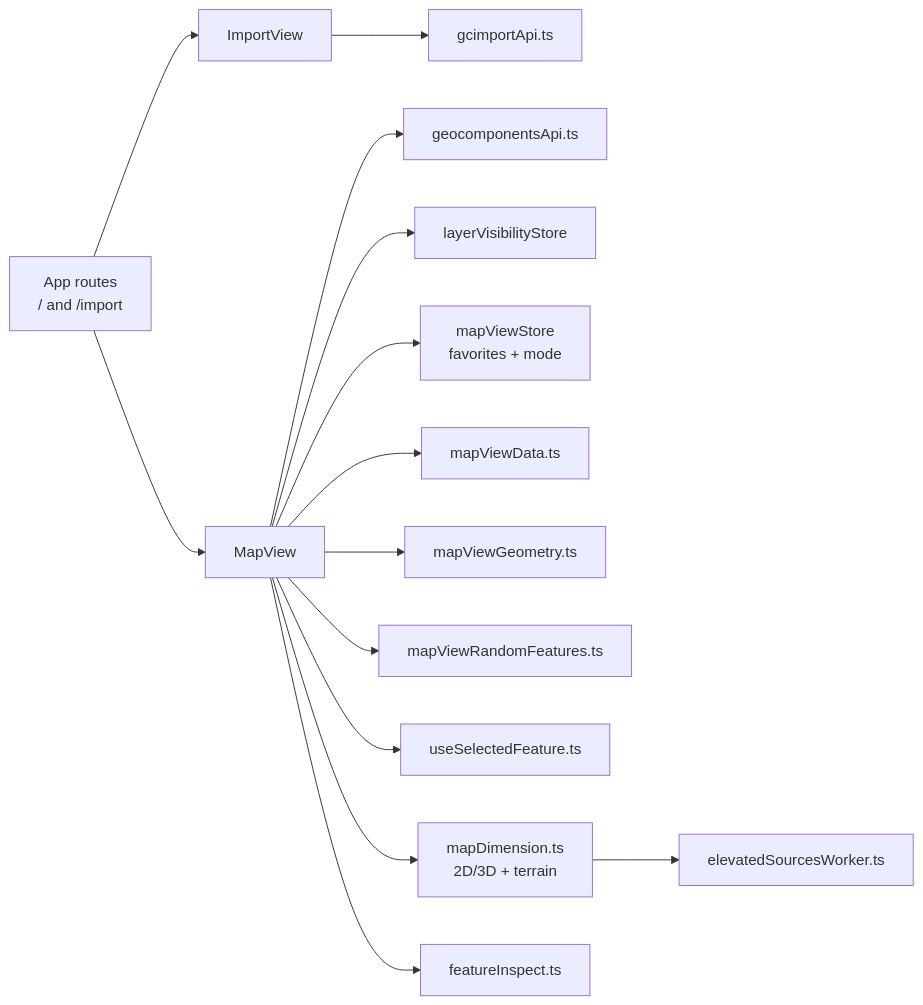
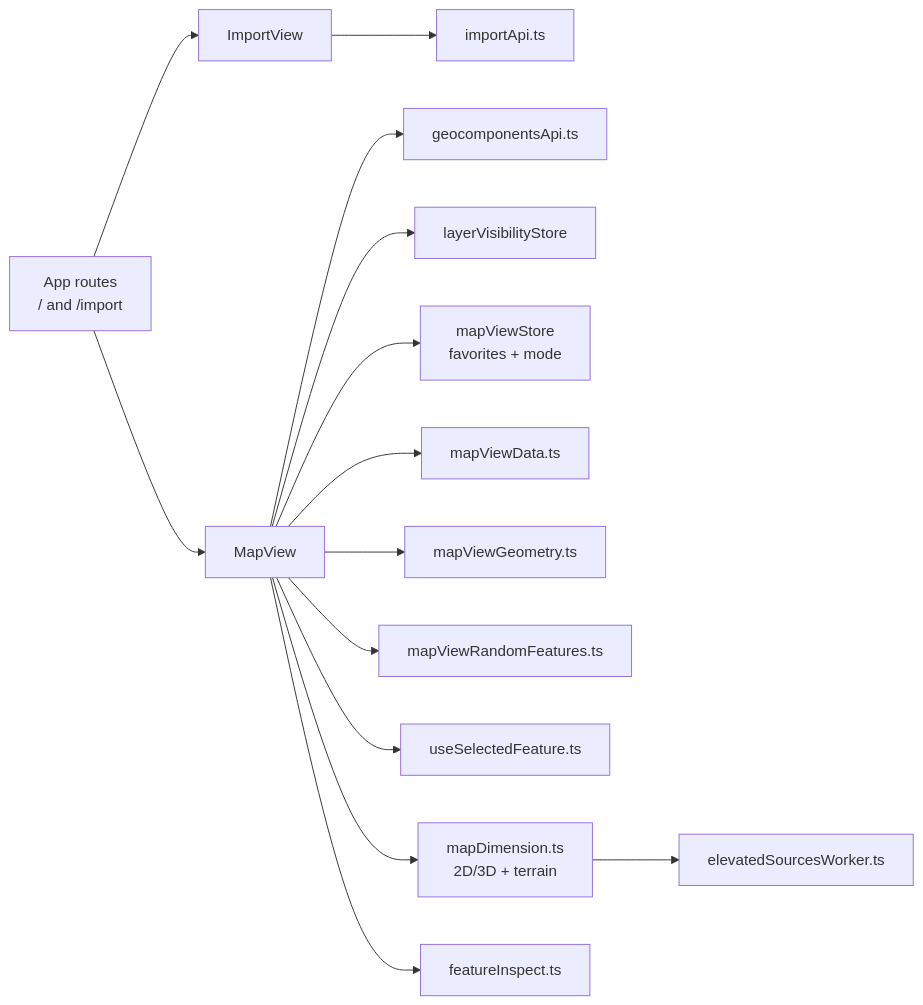
The sixth of 10 diagrams in docs/ARCHITECTURE.md (kartverket/topografisk-gdb-api), drawn with Mermaid before and after one commit. The commit also changed other lines of this file and 50 other files, not shown here.

````diff
--- a/docs/ARCHITECTURE.md
+++ b/docs/ARCHITECTURE.md
@@ -170,30 +223,30 @@
 ```mermaid
 flowchart LR
   APP["App routes<br/>/ and /import"]
   IMPUI["ImportView"]
   MAP["MapView"]
   API1["geocomponentsApi.ts"]
-  API2["gcimportApi.ts"]
+  API2["importApi.ts"]
   STORE1["layerVisibilityStore"]
   STORE2["mapViewStore<br/>favorites + mode"]
   DATA["mapViewData.ts"]
   GEOM["mapViewGeometry.ts"]
   RAND["mapViewRandomFeatures.ts"]
   SEL["useSelectedFeature.ts"]
   DIM["mapDimension.ts<br/>2D/3D + terrain"]
   WORKER["elevatedSourcesWorker.ts"]
   PICK["featureInspect.ts"]
 
   APP --> IMPUI --> API2
   APP --> MAP
   MAP --> API1
   MAP --> STORE1
   MAP --> STORE2
   MAP --> DATA
   MAP --> GEOM
   MAP --> RAND
   MAP --> SEL
   MAP --> DIM
   MAP --> PICK
   DIM --> WORKER
 ```
````
